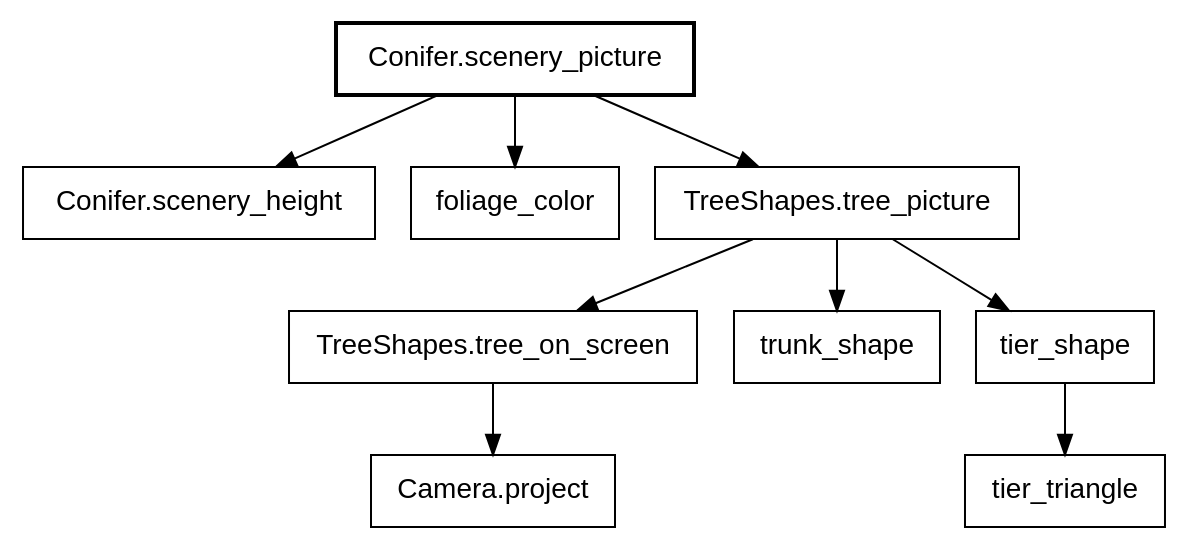
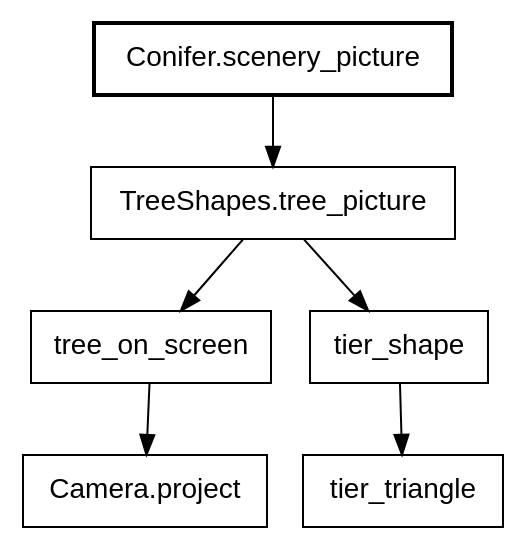
One commit to showell/roc-apps changed the sixth of 34 diagrams in canvas_apps/safari/tutorial/tutorial.md. Above: the diagram before and after it, drawn with Graphviz. The commit also changed other lines of this file, not shown here.

Commit message:
book: the tree and cone diagrams fit a phone, under the book's run cap

````diff
--- a/canvas_apps/safari/tutorial/tutorial.md
+++ b/canvas_apps/safari/tutorial/tutorial.md
@@ -376,14 +376,11 @@
 ```dot
 digraph tree {
   node [shape=box, fontname="Helvetica"];
   "Conifer.scenery_picture" [style=bold];
-  "Conifer.scenery_picture" -> "Conifer.scenery_height";
-  "Conifer.scenery_picture" -> "foliage_color";
   "Conifer.scenery_picture" -> "TreeShapes.tree_picture";
-  "TreeShapes.tree_picture" -> "TreeShapes.tree_on_screen";
-  "TreeShapes.tree_on_screen" -> "Camera.project";
-  "TreeShapes.tree_picture" -> "trunk_shape";
+  "TreeShapes.tree_picture" -> "tree_on_screen";
+  "tree_on_screen" -> "Camera.project";
   "TreeShapes.tree_picture" -> "tier_shape";
   "tier_shape" -> "tier_triangle";
 }
 ```
````
